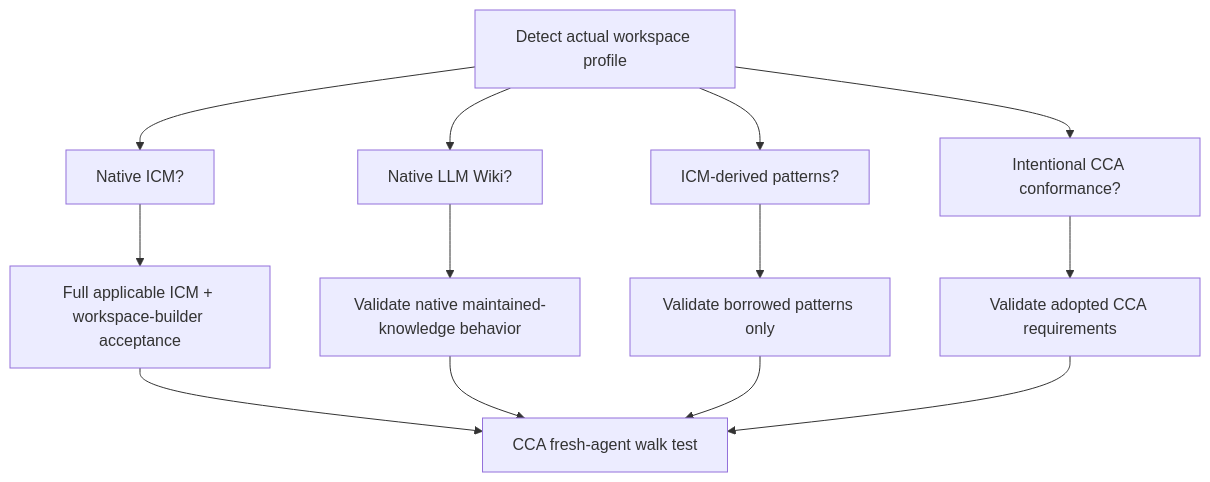
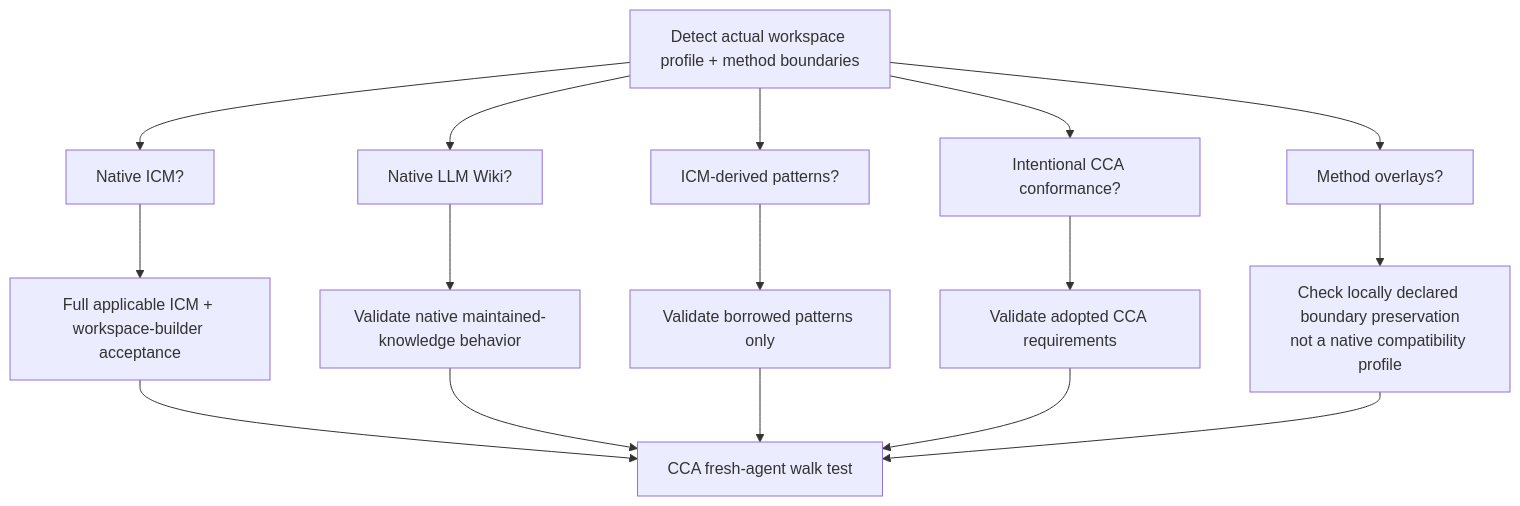
Before and after one commit to yonasuriv/CCA: the fifth of 5 diagrams in README.md, drawn with Mermaid. The commit also changed other lines of this file, not shown here.

Commit message:
Explain CCA method composition and skill suite model

````diff
--- a/README.md
+++ b/README.md
@@ -285,18 +344,21 @@
 ```mermaid
 flowchart TD
-    A["Detect actual workspace profile"]
+    A["Detect actual workspace profile + method boundaries"]
     A --> I["Native ICM?"]
     A --> L["Native LLM Wiki?"]
     A --> D["ICM-derived patterns?"]
     A --> C["Intentional CCA conformance?"]
+    A --> M["Method overlays?"]
 
     I --> IV["Full applicable ICM + workspace-builder acceptance"]
     L --> LV["Validate native maintained-knowledge behavior"]
     D --> DV["Validate borrowed patterns only"]
     C --> CV["Validate adopted CCA requirements"]
+    M --> MV["Check locally declared boundary preservation\nnot a native compatibility profile"]
 
     IV --> W["CCA fresh-agent walk test"]
     LV --> W
     DV --> W
     CV --> W
+    MV --> W
 ```
````
